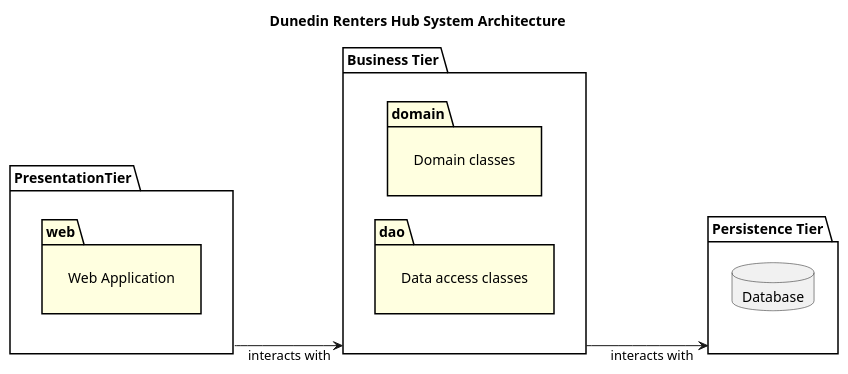
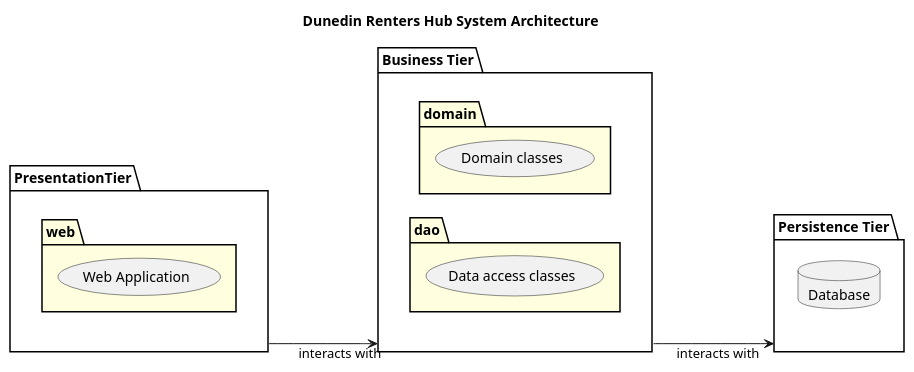
Before and after one commit to gzotta/DunedinRentersHub: the diagram in DunedinRentersHub/diagrams/system_architecture.puml, drawn with PlantUML.

Commit message:
the "label" parameter inside the packages was not recognized by bitBucket, so I deleted it and had to put words within paraenthesis.

```diff
--- a/DunedinRentersHub/diagrams/system_architecture.puml
+++ b/DunedinRentersHub/diagrams/system_architecture.puml
@@ -1,65 +1,65 @@
 @startuml
 left to right direction 
 ' ======= Style / Layout Tweaks =======
 skinparam guillemet false
 skinparam classAttributeIconSize 0
 skinparam linetype ortho
 skinparam style strictuml
 
 skinparam activity {
   hide empty description
 }
 
 
 
 
 ' ======= System Architecture Diagram Code =======
 
 
 
 '----------Presentation Tier------------
 package "PresentationTier" as presentation{
 package "web" #lightyellow{
-label "Web Application"
+(Web Application)
 }
 }
 '----------------------------------------
 
 
 '----------Business Tier------------
 package "Business Tier" as business{
 package "domain" #lightyellow{
-label "Domain classes"
+(Domain classes)
 }
 
 package "dao" #lightyellow{
-label "Data access classes"
+(Data access classes)
 }
 }
 '------------------------------------
 
 
 
 '----------Persistence Tier--------------
 package "Persistence Tier" as persistence{
 database "Database"
 }
 '----------------------------------------
 
 
 
 
 
 ' ======= Relationships =======
 
 title <b>Dunedin Renters Hub System Architecture</b>
 
 presentation ----> "interacts with\t\t\t\t\t" business
 business ----> "interacts with\t\t\t" persistence
 
 
 
 
 
 
 @enduml
```
